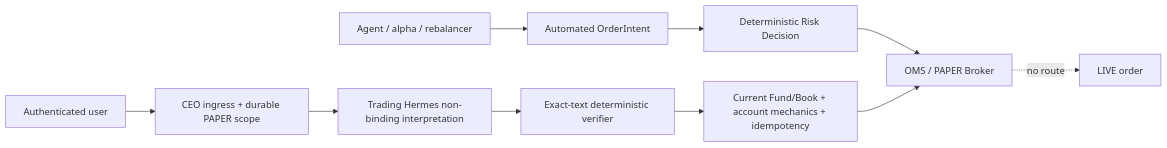
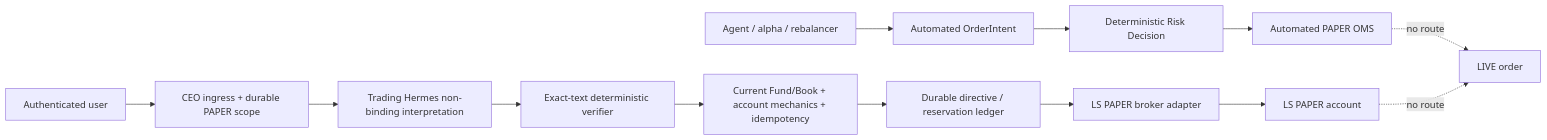
The second of 6 diagrams in docs/CURRENT_PROJECT_ARCHITECTURE.md (HgFinance/multi_agent), drawn with Mermaid before and after one commit. The commit also changed other lines of this file and 27 other files, not shown here.

Commit message:
feat(trading): route user paper orders through LS mock broker

````diff
--- a/docs/CURRENT_PROJECT_ARCHITECTURE.md
+++ b/docs/CURRENT_PROJECT_ARCHITECTURE.md
@@ -151,12 +151,15 @@
 ```mermaid
 flowchart LR
     A[Agent / alpha / rebalancer] --> O[Automated OrderIntent]
     O --> R[Deterministic Risk Decision]
-    R --> M[OMS / PAPER Broker]
+    R --> AP[Automated PAPER OMS]
     U[Authenticated user] --> C[CEO ingress + durable PAPER scope]
     C --> H[Trading Hermes non-binding interpretation]
     H --> P[Exact-text deterministic verifier]
     P --> G[Current Fund/Book + account mechanics + idempotency]
-    G --> M
-    M -. no route .-> L[LIVE order]
+    G --> B[Durable directive / reservation ledger]
+    B --> PBR[LS PAPER broker adapter]
+    PBR --> PA[LS PAPER account]
+    AP -. no route .-> L[LIVE order]
+    PA -. no route .-> L
 ```
````
